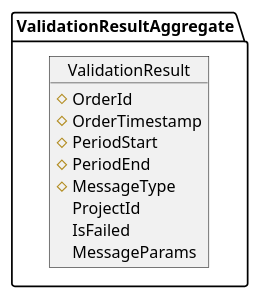
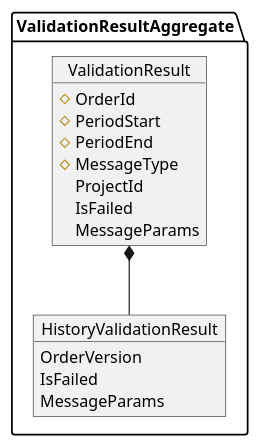
The diagram in docs/ru/validation-rules/design-messages.puml (i-maslennikov/nuclear-river-validation-rules), drawn with PlantUML before and after one commit. The commit also changed 1 other file, not shown here.

```diff
--- a/docs/ru/validation-rules/design-messages.puml
+++ b/docs/ru/validation-rules/design-messages.puml
@@ -1,18 +1,26 @@
 @startuml
 
 package ValidationResultAggregate {
 
     object ValidationResult {
         #OrderId
-        #OrderTimestamp
         #PeriodStart
         #PeriodEnd
         #MessageType
         
         ProjectId
+        
         IsFailed
         MessageParams
     }
+    
+    object HistoryValidationResult {
+        OrderVersion
+        IsFailed
+        MessageParams
+    }
+    
+    ValidationResult *-- HistoryValidationResult
 }
 
 @enduml
```
